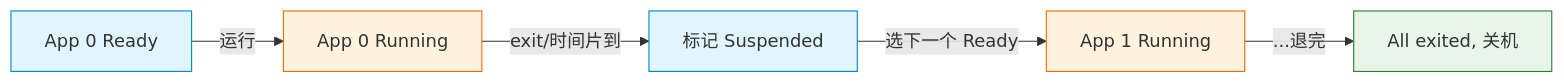
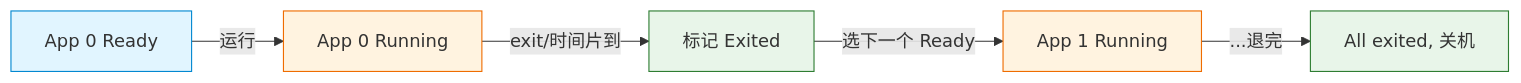
The third of 3 diagrams in os-lab/labs/lab2-trap-and-task.md (AM-SuSh/EVOLVE), drawn with Mermaid before and after one commit. The commit also changed other lines of this file and 13 other files, not shown here.

````diff
--- a/os-lab/labs/lab2-trap-and-task.md
+++ b/os-lab/labs/lab2-trap-and-task.md
@@ -110,14 +110,14 @@
 ```mermaid
 graph LR
     A["App 0 Ready"] -->|"运行"| B["App 0 Running"]
-    B -->|"exit/时间片到"| C["标记 Suspended"]
+    B -->|"exit/时间片到"| C["标记 Exited"]
     C -->|"选下一个 Ready"| D["App 1 Running"]
     D -->|"...退完"| E["All exited, 关机"]
 
     classDef ready fill:#e1f5ff,stroke:#0288d1;
     classDef run fill:#fff3e0,stroke:#ef6c00;
     classDef done fill:#e8f5e9,stroke:#2e7d32;
-    class A,C ready;
+    class A ready;
     class B,D run;
-    class E done;
+    class C,E done;
 ```
````
